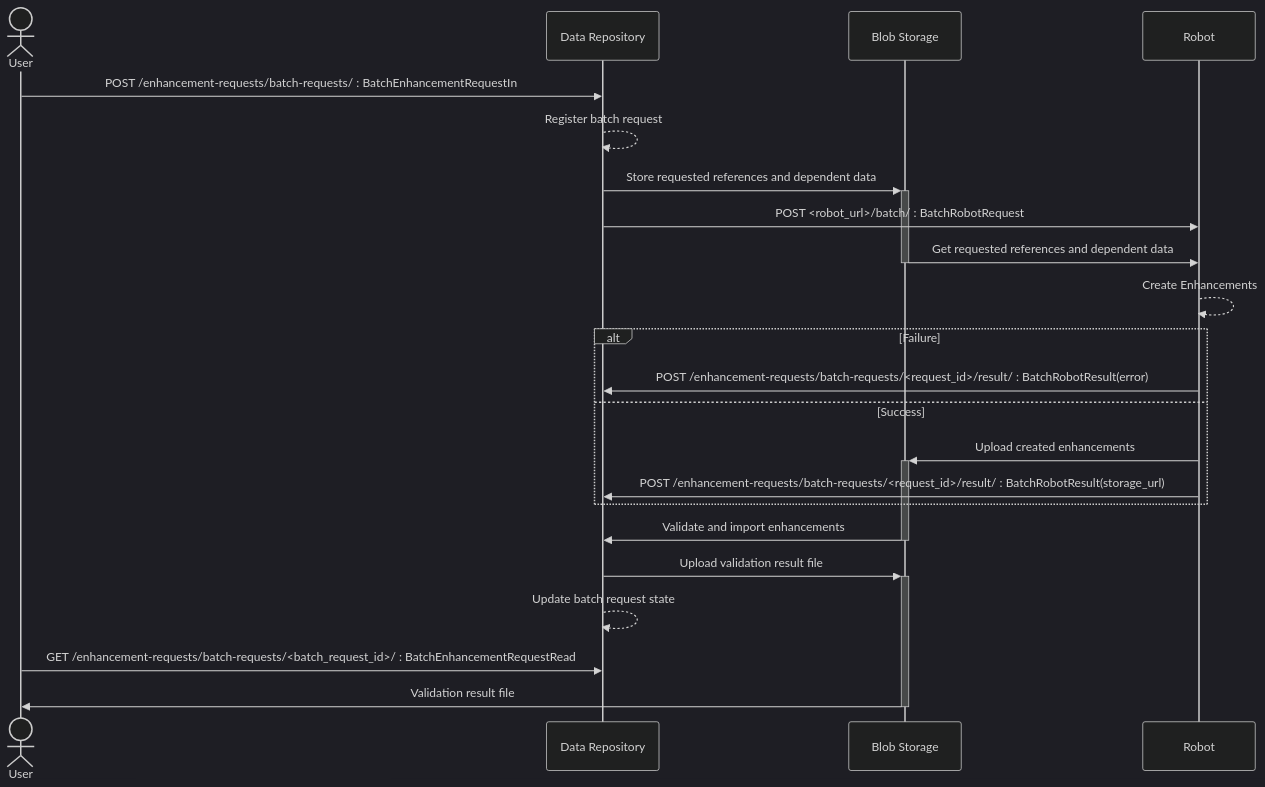
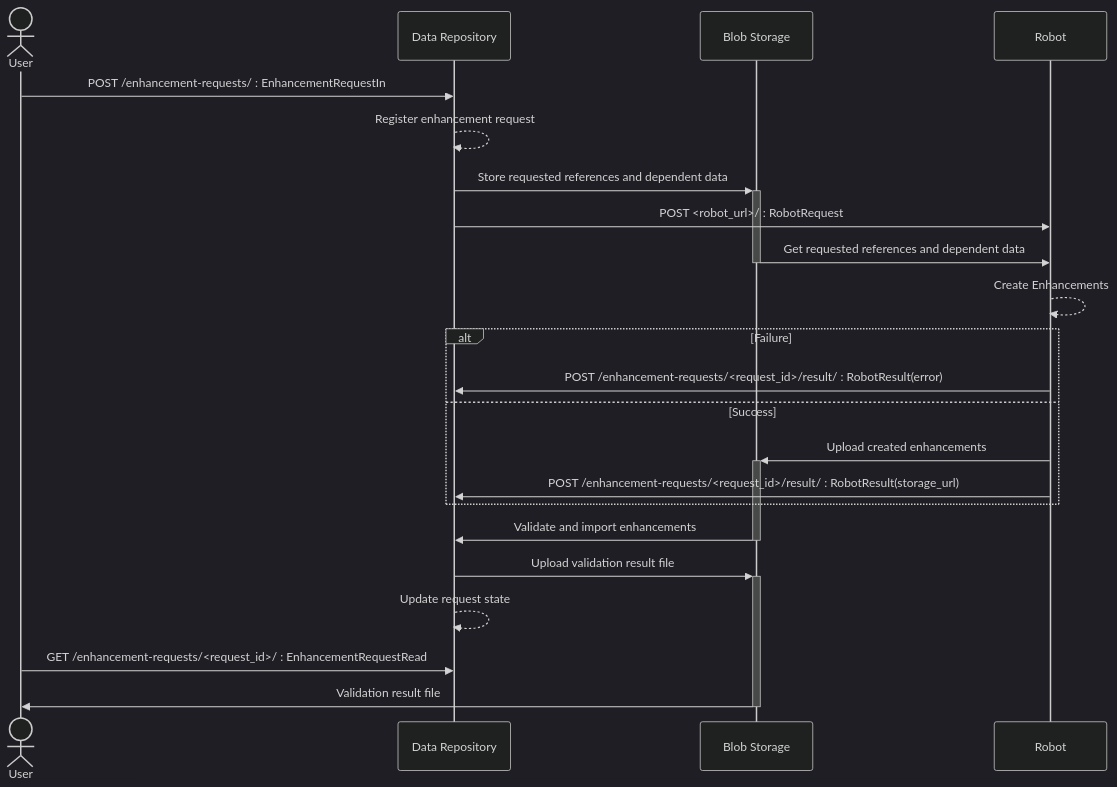
The diagram in docs/procedures/requesting-batch-enhancements.rst (destiny-evidence/destiny-repository), drawn with Mermaid (dark theme) before and after one commit. The commit also changed other lines of this file and 28 other files, not shown here.

First line of the commit message:
Consolidating to a single concept of enhancement requests

```diff
--- a/docs/procedures/requesting-batch-enhancements.rst
+++ b/docs/procedures/requesting-batch-enhancements.rst
@@ -10,24 +10,24 @@
 .. mermaid::
 
     sequenceDiagram
         actor User
         participant Data Repository
         participant Blob Storage
         participant Robot
-        User->>Data Repository: POST /enhancement-requests/batch-requests/ : BatchEnhancementRequestIn
-        Data Repository-->>Data Repository: Register batch request
+        User->>Data Repository: POST /enhancement-requests/ : EnhancementRequestIn
+        Data Repository-->>Data Repository: Register enhancement request
         Data Repository->>+Blob Storage: Store requested references and dependent data
-        Data Repository->>Robot: POST <robot_url>/batch/ : BatchRobotRequest
+        Data Repository->>Robot: POST <robot_url>/ : RobotRequest
         Blob Storage->>-Robot: Get requested references and dependent data
         Robot-->>Robot: Create Enhancements
         alt Failure
-            Robot->>Data Repository: POST /enhancement-requests/batch-requests/<request_id>/result/ : BatchRobotResult(error)
+            Robot->>Data Repository: POST /enhancement-requests/<request_id>/result/ : RobotResult(error)
         else Success
             Robot->>+Blob Storage: Upload created enhancements
-            Robot->>Data Repository: POST /enhancement-requests/batch-requests/<request_id>/result/ : BatchRobotResult(storage_url)
+            Robot->>Data Repository: POST /enhancement-requests/<request_id>/result/ : RobotResult(storage_url)
         end
         Blob Storage->>-Data Repository: Validate and import enhancements
         Data Repository->>+Blob Storage: Upload validation result file
-        Data Repository-->>Data Repository: Update batch request state
-        User->>Data Repository: GET /enhancement-requests/batch-requests/<batch_request_id>/ : BatchEnhancementRequestRead
+        Data Repository-->>Data Repository: Update request state
+        User->>Data Repository: GET /enhancement-requests/<request_id>/ : EnhancementRequestRead
         Blob Storage->>-User: Validation result file
```
